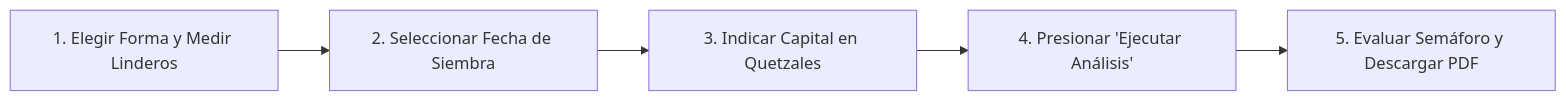
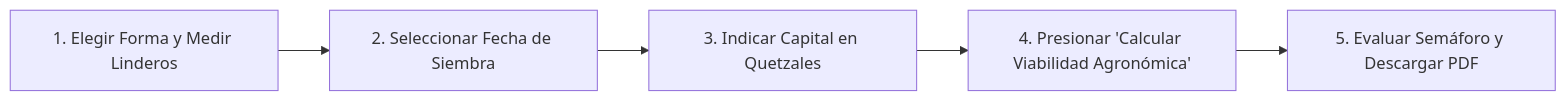
One commit to GimenaMP/analizador changed the diagram in MANUAL_DE_USUARIO.md. Above: the diagram before and after it, drawn with Mermaid. The commit also changed other lines of this file and 8 other files, not shown here.

````diff
--- a/MANUAL_DE_USUARIO.md
+++ b/MANUAL_DE_USUARIO.md
@@ -91,7 +105,7 @@
 ```mermaid
 flowchart LR
     A["1. Elegir Forma y Medir Linderos"] --> B["2. Seleccionar Fecha de Siembra"]
     B --> C["3. Indicar Capital en Quetzales"]
-    C --> D["4. Presionar 'Ejecutar Análisis'"]
+    C --> D["4. Presionar 'Calcular Viabilidad Agronómica'"]
     D --> E["5. Evaluar Semáforo y Descargar PDF"]
 ```
````
